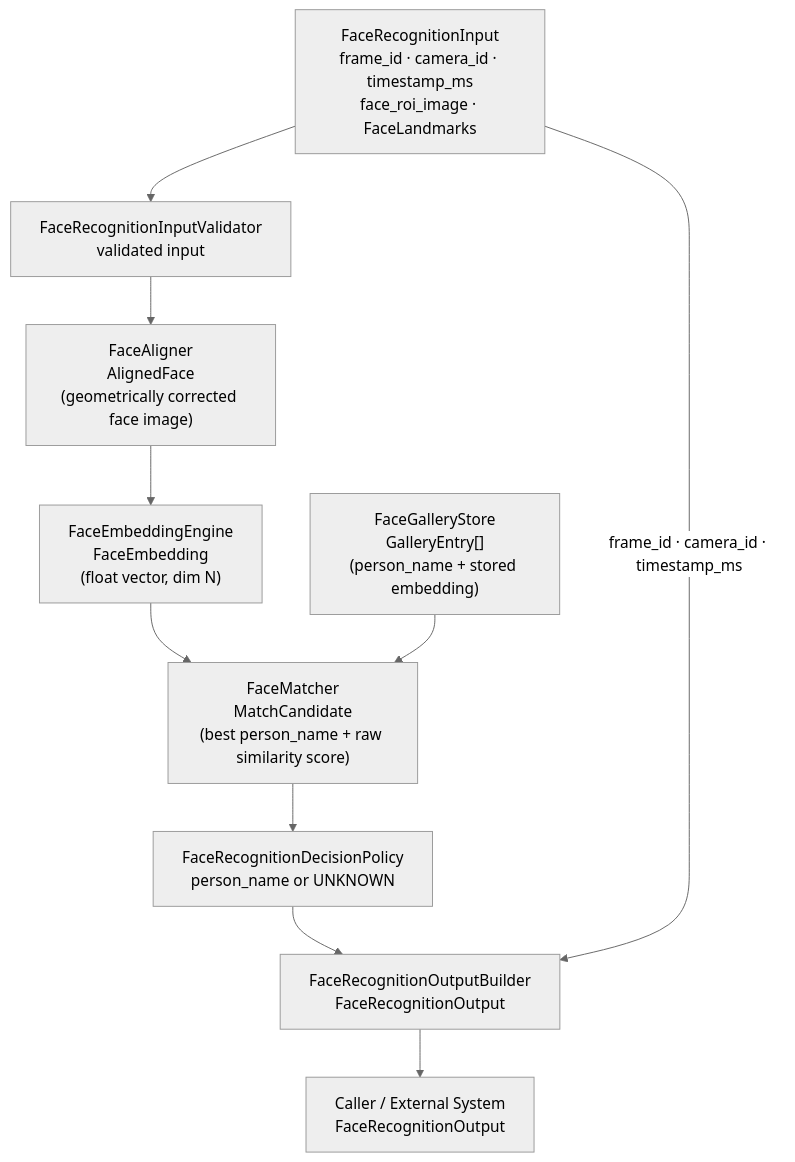
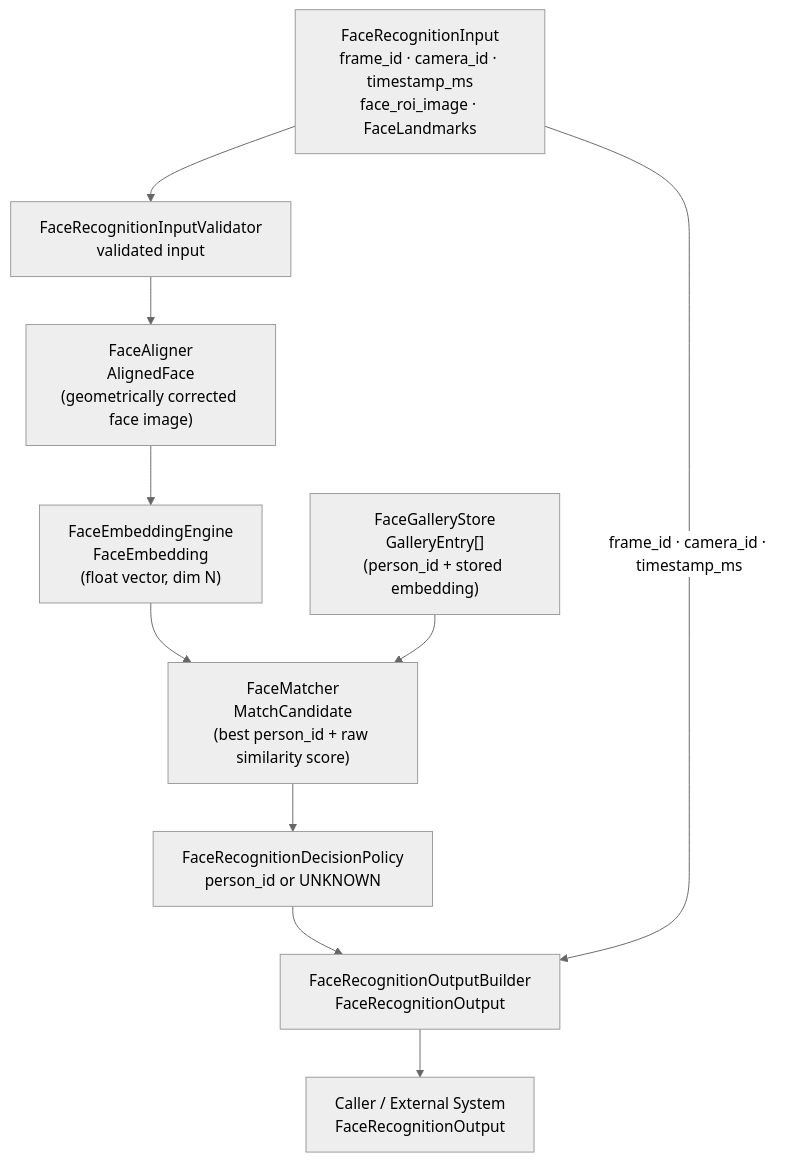
The third of 3 diagrams in doc/FACE_RECOGNITION.md (talifruman/camera-recognition), drawn with Mermaid (neutral theme) before and after one commit. The commit also changed other lines of this file, not shown here.

First line of the commit message:
spec(face-recognition): replace person_name with person_id as sole external identity

````diff
--- a/doc/FACE_RECOGNITION.md
+++ b/doc/FACE_RECOGNITION.md
@@ -462,22 +489,22 @@
 ```mermaid
 flowchart TD
     A["FaceRecognitionInput\nframe_id · camera_id · timestamp_ms\nface_roi_image · FaceLandmarks"]
     B["FaceRecognitionInputValidator\nvalidated input"]
     C["FaceAligner\nAlignedFace\n(geometrically corrected face image)"]
     D["FaceEmbeddingEngine\nFaceEmbedding\n(float vector, dim N)"]
-    E["FaceGalleryStore\nGalleryEntry[]\n(person_name + stored embedding)"]
-    F["FaceMatcher\nMatchCandidate\n(best person_name + raw similarity score)"]
-    G["FaceRecognitionDecisionPolicy\nperson_name or UNKNOWN"]
+    E["FaceGalleryStore\nGalleryEntry[]\n(person_id + stored embedding)"]
+    F["FaceMatcher\nMatchCandidate\n(best person_id + raw similarity score)"]
+    G["FaceRecognitionDecisionPolicy\nperson_id or UNKNOWN"]
     H["FaceRecognitionOutputBuilder\nFaceRecognitionOutput"]
     I["Caller / External System\nFaceRecognitionOutput"]
 
     A --> B
     B --> C
     C --> D
     D --> F
     E --> F
     F --> G
     G --> H
     A -->|"frame_id · camera_id · timestamp_ms"| H
     H --> I
 ```
````
